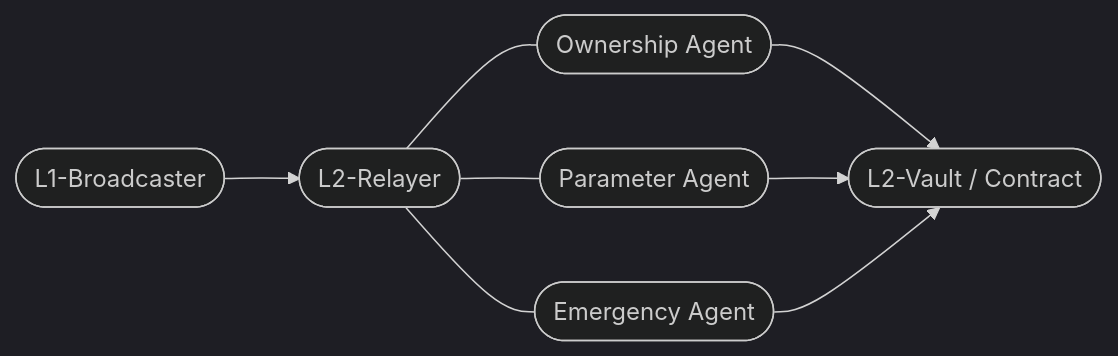
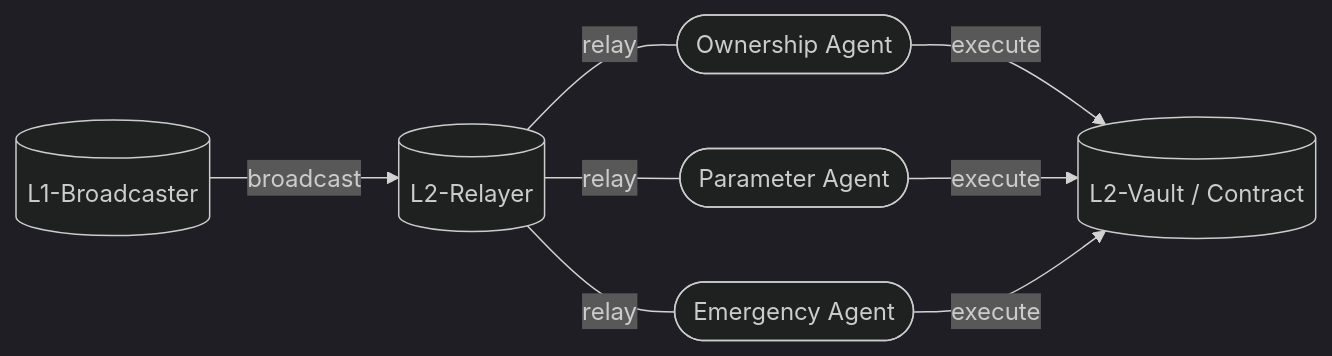
One commit to CurveDocs/curve-docs changed the diagram in docs/curve_dao/xgov/xgov.md. Above: the diagram before and after it, drawn with Mermaid (dark theme). The commit also changed other lines of this file, not shown here.

Commit message:
flowchart

````diff
--- a/docs/curve_dao/xgov/xgov.md
+++ b/docs/curve_dao/xgov/xgov.md
@@ -10,10 +10,10 @@
 ```mermaid
 flowchart LR
-    l1-b([L1-Broadcaster]) --> l2-r([L2-Relayer])
-    l2-r --- o([Ownership Agent])
-    l2-r --- p([Parameter Agent])
-    l2-r --- e([Emergency Agent])
-    o --> vault([L2-Vault / Contract])
-    p --> vault
-    e --> vault
+    l1-b[(L1-Broadcaster)] --> |"broadcast"| l2-r[(L2-Relayer)]
+    l2-r --- |relay| o([Ownership Agent])
+    l2-r --- |relay| p([Parameter Agent])
+    l2-r --- |relay| e([Emergency Agent])
+    o --> |"execute"| vault[(L2-Vault / Contract)]
+    p --> |"execute"| vault
+    e --> |"execute"| vault
 ```
````
